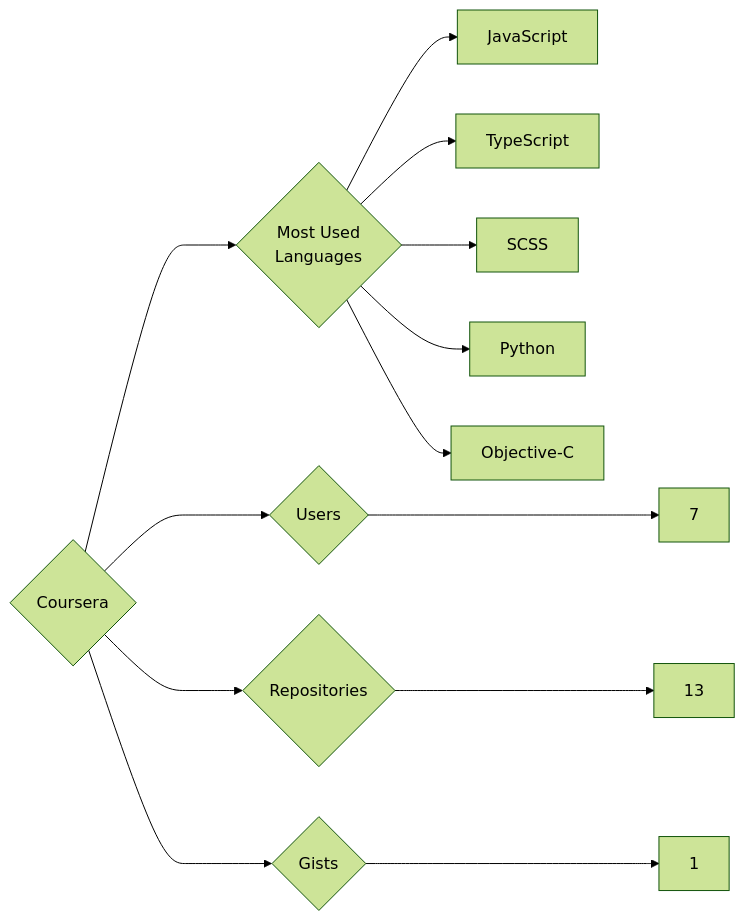
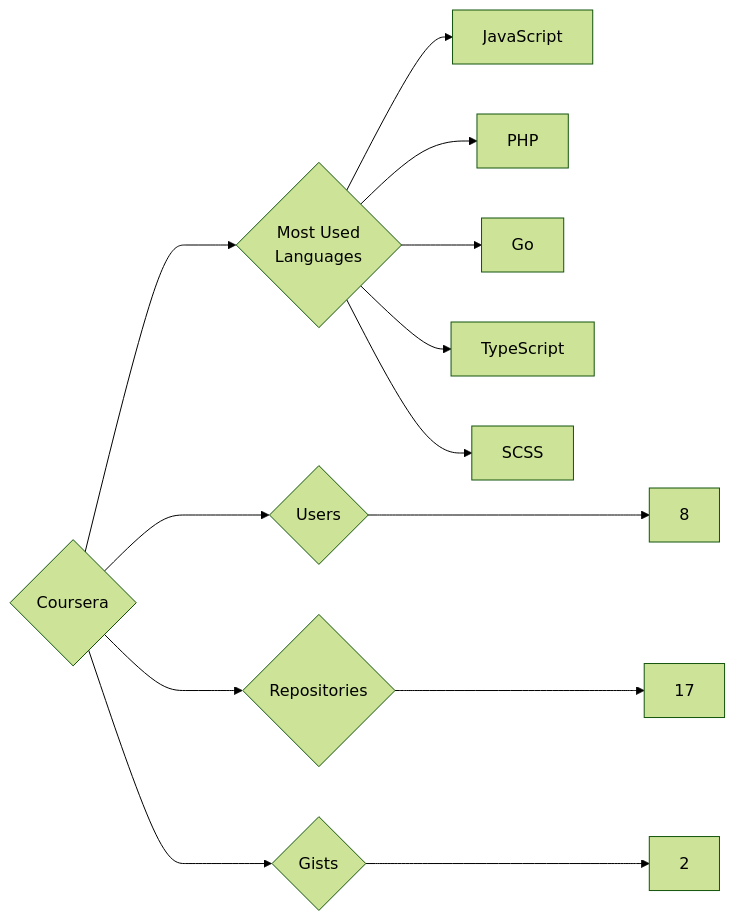
The diagram in targets/Coursera/README.md (trickest/insiders), drawn with Mermaid (forest theme) before and after one commit. The commit also changed 823 other files, not shown here.

````diff
--- a/targets/Coursera/README.md
+++ b/targets/Coursera/README.md
@@ -3,13 +3,13 @@
 ```mermaid
 graph LR
 COMPANY_NAME{Coursera}
-COMPANY_NAME ---> U{Users} ---> UN[7]
-COMPANY_NAME ---> R{Repositories} ---> RN[13]
-COMPANY_NAME ---> G{Gists} ---> GN[1]
+COMPANY_NAME ---> U{Users} ---> UN[8]
+COMPANY_NAME ---> R{Repositories} ---> RN[17]
+COMPANY_NAME ---> G{Gists} ---> GN[2]
 COMPANY_NAME ---> ML{Most Used<br>Languages}
 ML --> JavaScript[JavaScript]
+ML --> PHP[PHP]
+ML --> Go[Go]
 ML --> TypeScript[TypeScript]
 ML --> SCSS[SCSS]
-ML --> Python[Python]
-ML --> Objective-C[Objective-C]
 ```
````
